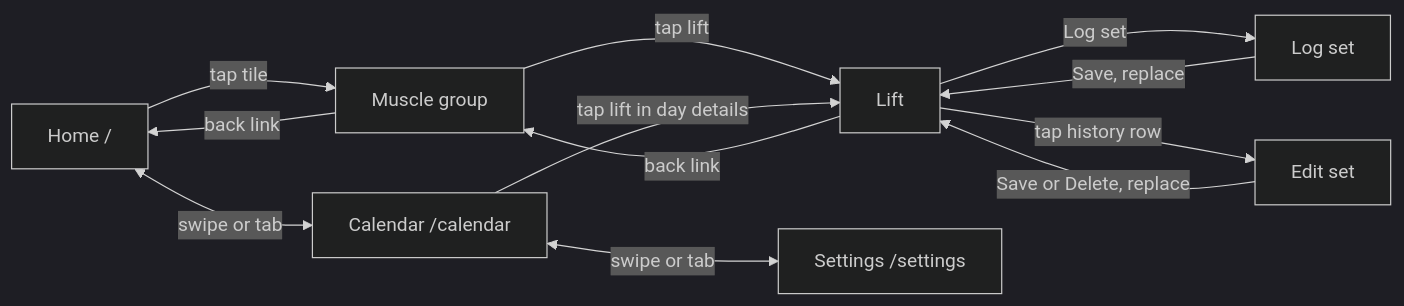
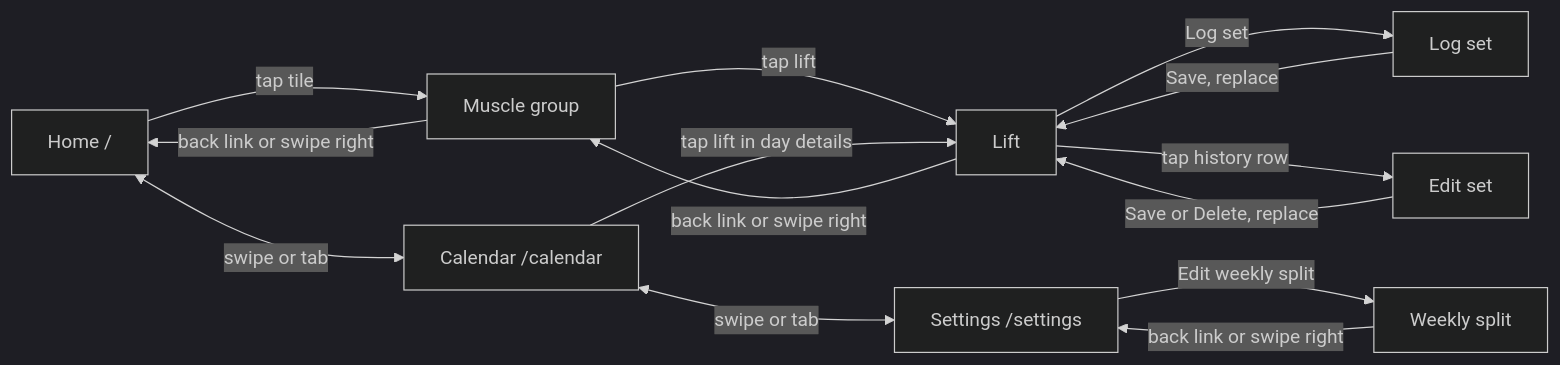
The second of 3 diagrams in docs/06-frontend/README.md (coopermay/fitness-tracker), drawn with Mermaid (dark theme) before and after one commit. The commit also changed other lines of this file and 16 other files, not shown here.

Commit message:
Weekly split on its own page; swipe right to go back from nested pages

````diff
--- a/docs/06-frontend/README.md
+++ b/docs/06-frontend/README.md
@@ -54,14 +56,16 @@
 ```mermaid
 flowchart LR
     Home["Home /"] -->|tap tile| MG["Muscle group"]
     MG -->|tap lift| Lift["Lift"]
     Lift -->|Log set| Log["Log set"]
     Lift -->|tap history row| Edit["Edit set"]
     Log -->|Save, replace| Lift
     Edit -->|Save or Delete, replace| Lift
-    MG -->|back link| Home
-    Lift -->|back link| MG
+    MG -->|back link or swipe right| Home
+    Lift -->|back link or swipe right| MG
     Cal["Calendar /calendar"] -->|tap lift in day details| Lift
     Home <-->|swipe or tab| Cal
     Cal <-->|swipe or tab| Set["Settings /settings"]
+    Set -->|Edit weekly split| Split["Weekly split"]
+    Split -->|back link or swipe right| Set
 ```
````
